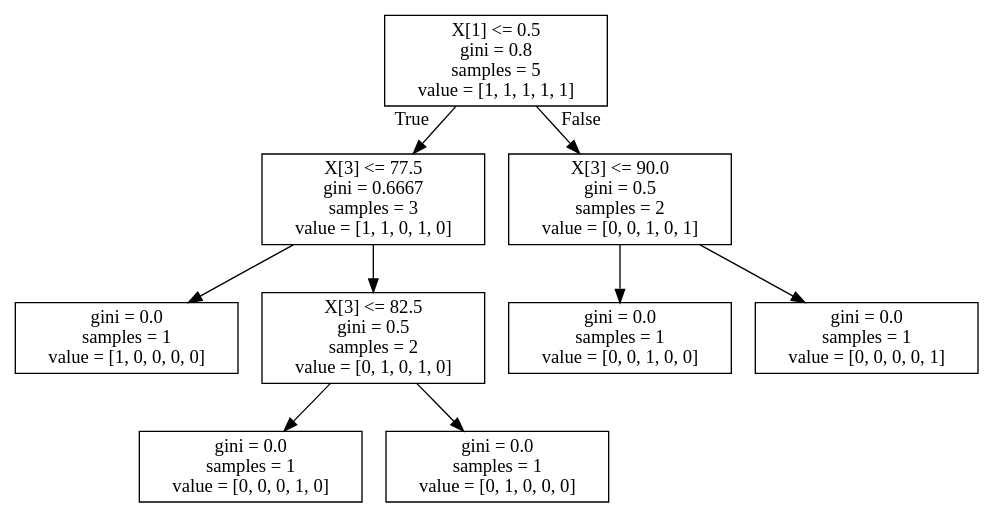
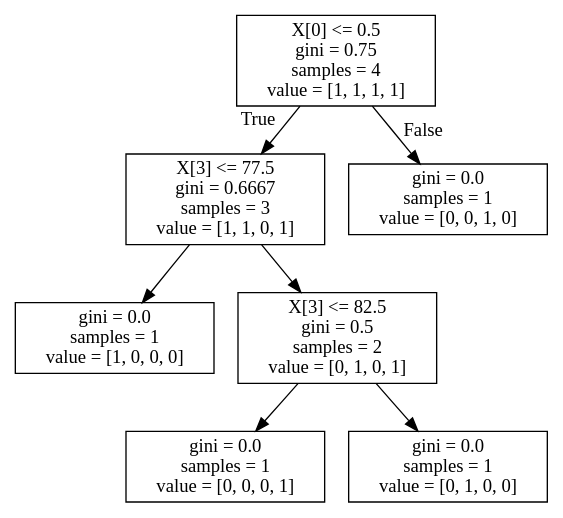
One commit to Meepit/Exercise-Routine-Recommender changed the diagram in tree.dot. Above: the diagram before and after it, drawn with Graphviz. The commit also changed 17 other files, not shown here.

```diff
--- a/tree.dot
+++ b/tree.dot
@@ -1,20 +1,16 @@
 digraph Tree {
 node [shape=box] ;
-0 [label="X[1] <= 0.5\ngini = 0.8\nsamples = 5\nvalue = [1, 1, 1, 1, 1]"] ;
-1 [label="X[3] <= 77.5\ngini = 0.6667\nsamples = 3\nvalue = [1, 1, 0, 1, 0]"] ;
+0 [label="X[0] <= 0.5\ngini = 0.75\nsamples = 4\nvalue = [1, 1, 1, 1]"] ;
+1 [label="X[3] <= 77.5\ngini = 0.6667\nsamples = 3\nvalue = [1, 1, 0, 1]"] ;
 0 -> 1 [labeldistance=2.5, labelangle=45, headlabel="True"] ;
-2 [label="gini = 0.0\nsamples = 1\nvalue = [1, 0, 0, 0, 0]"] ;
+2 [label="gini = 0.0\nsamples = 1\nvalue = [1, 0, 0, 0]"] ;
 1 -> 2 ;
-3 [label="X[3] <= 82.5\ngini = 0.5\nsamples = 2\nvalue = [0, 1, 0, 1, 0]"] ;
+3 [label="X[3] <= 82.5\ngini = 0.5\nsamples = 2\nvalue = [0, 1, 0, 1]"] ;
 1 -> 3 ;
-4 [label="gini = 0.0\nsamples = 1\nvalue = [0, 0, 0, 1, 0]"] ;
+4 [label="gini = 0.0\nsamples = 1\nvalue = [0, 0, 0, 1]"] ;
 3 -> 4 ;
-5 [label="gini = 0.0\nsamples = 1\nvalue = [0, 1, 0, 0, 0]"] ;
+5 [label="gini = 0.0\nsamples = 1\nvalue = [0, 1, 0, 0]"] ;
 3 -> 5 ;
-6 [label="X[3] <= 90.0\ngini = 0.5\nsamples = 2\nvalue = [0, 0, 1, 0, 1]"] ;
+6 [label="gini = 0.0\nsamples = 1\nvalue = [0, 0, 1, 0]"] ;
 0 -> 6 [labeldistance=2.5, labelangle=-45, headlabel="False"] ;
-7 [label="gini = 0.0\nsamples = 1\nvalue = [0, 0, 1, 0, 0]"] ;
-6 -> 7 ;
-8 [label="gini = 0.0\nsamples = 1\nvalue = [0, 0, 0, 0, 1]"] ;
-6 -> 8 ;
 }
```
